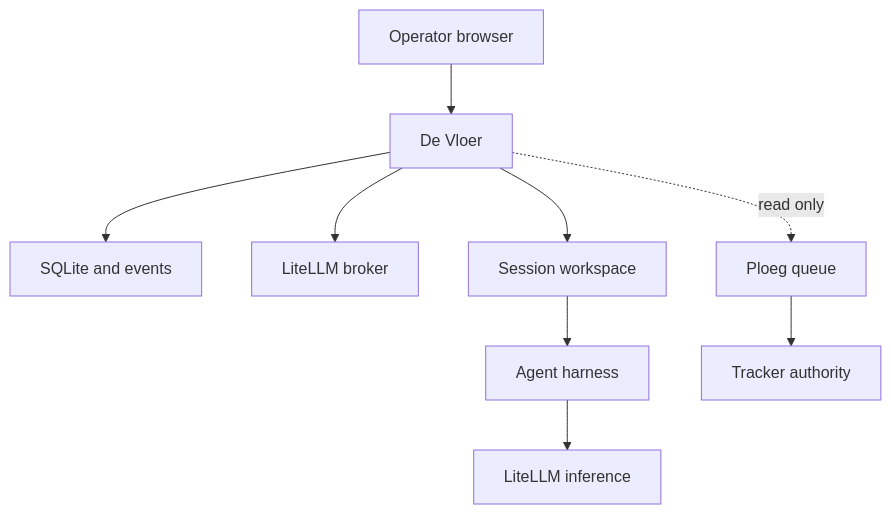
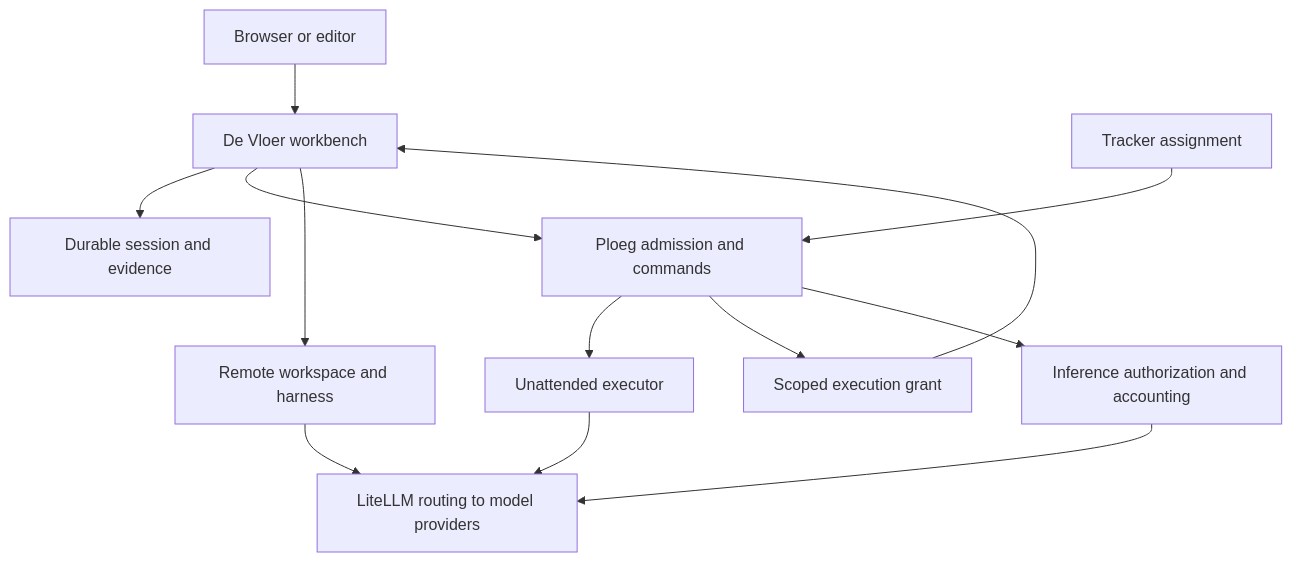
One commit to webgrip/glide changed the diagram in docs/architecture.md. Above: the diagram before and after it, drawn with Mermaid. The commit also changed other lines of this file and 25 other files, not shown here.

Commit message:
docs: record unified architecture and qualification evidence

````diff
--- a/docs/architecture.md
+++ b/docs/architecture.md
@@ -21,11 +21,15 @@
 ```mermaid
 flowchart TD
-  Human[Operator browser] --> Workbench[De Vloer]
-  Workbench --> State[SQLite and events]
-  Workbench --> Broker[LiteLLM broker]
-  Workbench --> Workspace[Session workspace]
-  Workspace --> Harness[Agent harness]
-  Harness --> Gateway[LiteLLM inference]
-  Workbench -. read only .-> Ploeg[Ploeg queue]
-  Ploeg --> Tracker[Tracker authority]
+  Human[Browser or editor] --> Workbench[De Vloer workbench]
+  Workbench --> State[Durable session and evidence]
+  Workbench --> Authority[Ploeg admission and commands]
+  Tracker[Tracker assignment] --> Authority
+  Authority --> Dispatch[Unattended executor]
+  Authority --> Grant[Scoped execution grant]
+  Grant --> Workbench
+  Workbench --> Workspace[Remote workspace and harness]
+  Authority --> Broker[Inference authorization and accounting]
+  Broker --> Gateway[LiteLLM routing to model providers]
+  Workspace --> Gateway
+  Dispatch --> Gateway
 ```
````
